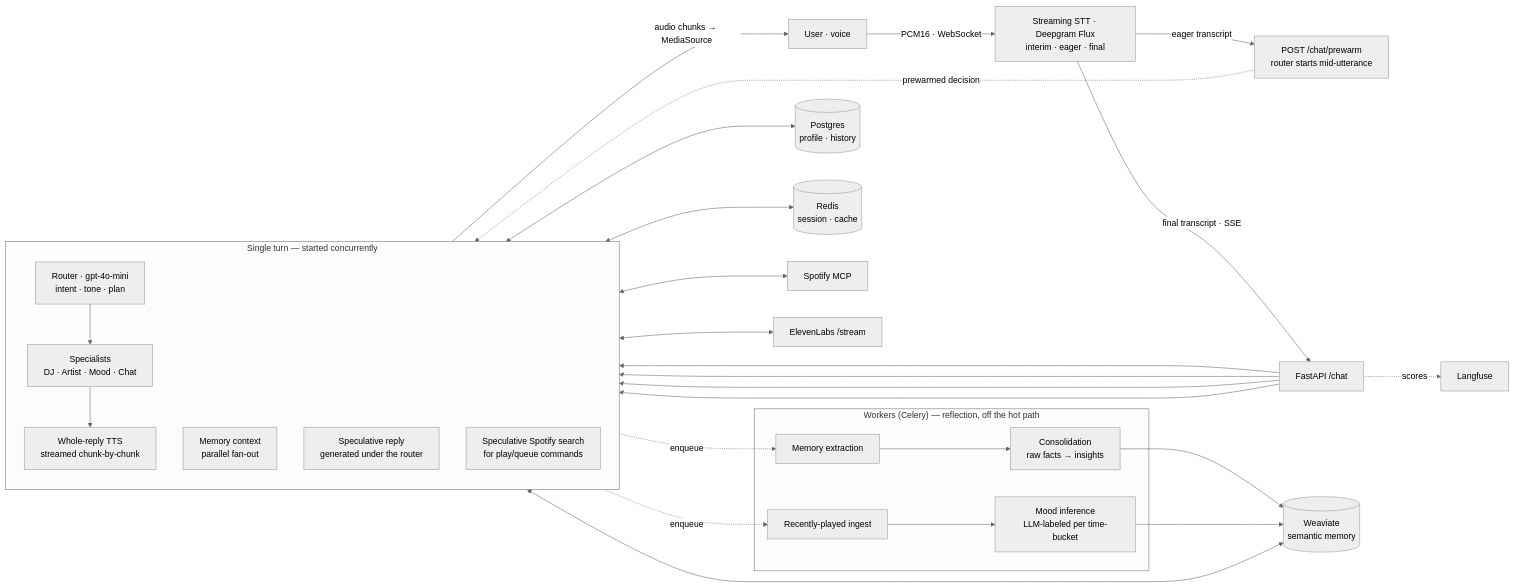
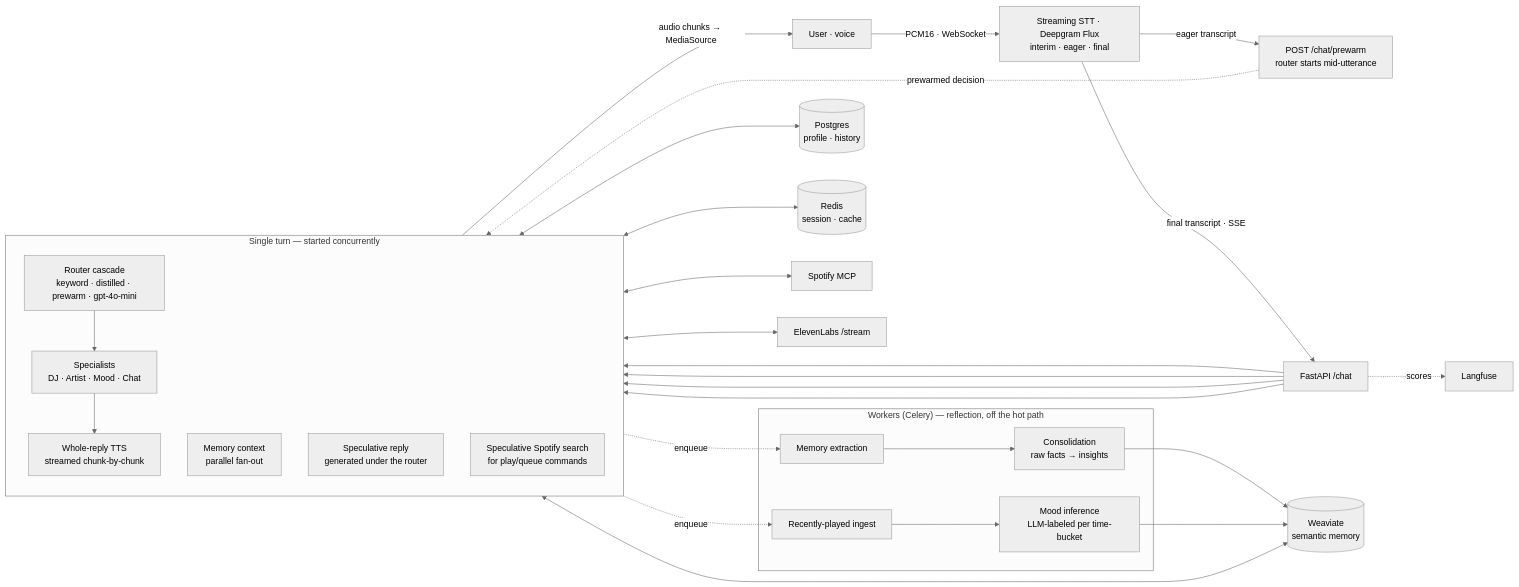
One commit to koladefaj/gia changed the diagram in README.md. Above: the diagram before and after it, drawn with Mermaid (neutral theme). The commit also changed other lines of this file, not shown here.

First line of the commit message:
README: document the router cascade + distilled classifier

````diff
--- a/README.md
+++ b/README.md
@@ -23,36 +23,36 @@
 ```mermaid
 flowchart LR
     U[User · voice] -->|PCM16 · WebSocket| STT[Streaming STT · Deepgram Flux<br/>interim · eager · final]
     STT -->|eager transcript| PRE[POST /chat/prewarm<br/>router starts mid-utterance]
     STT -->|final transcript · SSE| API[FastAPI /chat]
 
     subgraph Turn["Single turn — started concurrently"]
         direction TB
-        ROUTER[Router · gpt-4o-mini<br/>intent · tone · plan]
+        ROUTER[Router cascade<br/>keyword · distilled · prewarm · gpt-4o-mini]
         MEM[Memory context<br/>parallel fan-out]
         SPECREPLY[Speculative reply<br/>generated under the router]
         SPECSEARCH[Speculative Spotify search<br/>for play/queue commands]
         SPEC[Specialists<br/>DJ · Artist · Mood · Chat]
         TTS[Whole-reply TTS<br/>streamed chunk-by-chunk]
     end
 
     API --> ROUTER & MEM & SPECREPLY & SPECSEARCH
     PRE -.prewarmed decision.-> ROUTER
     ROUTER --> SPEC --> TTS -->|audio chunks → MediaSource| U
 
     MEM <--> WV[(Weaviate<br/>semantic memory)]
     MEM <--> PG[(Postgres<br/>profile · history)]
     MEM <--> RD[(Redis<br/>session · cache)]
     SPEC <--> MCP[Spotify MCP]
     TTS <--> EL[ElevenLabs /stream]
 
     subgraph Background["Workers (Celery) — reflection, off the hot path"]
         EXT[Memory extraction] --> CONS[Consolidation<br/>raw facts → insights]
         ING[Recently-played ingest] --> MOOD[Mood inference<br/>LLM-labeled per time-bucket]
     end
 
     TTS -.enqueue.-> EXT & ING
     CONS --> WV
     MOOD --> WV
     API -.scores.-> LF[Langfuse]
 ```
````
